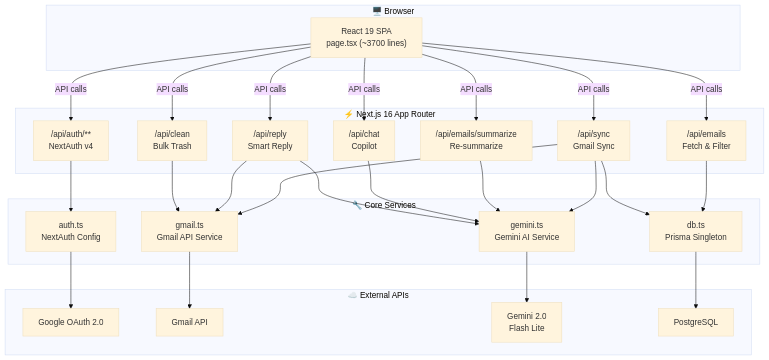
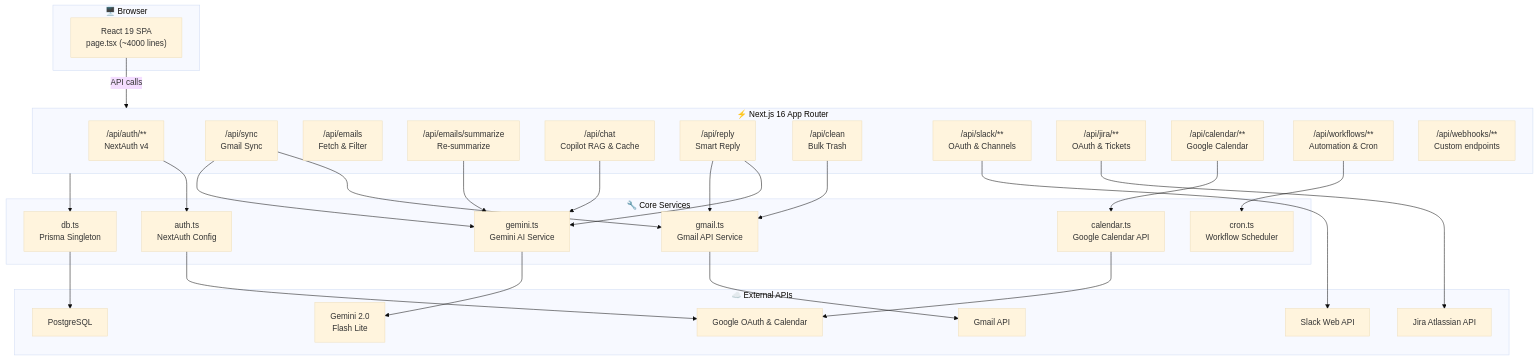
The first of 2 diagrams in README.md (Vamshidathrika/repeatless-email-ai-assistant), drawn with Mermaid (base theme) before and after one commit. The commit also changed other lines of this file and 2 other files, not shown here.

Commit message:
docs: update README, ARCHITECTURE, and DEPLOYMENT guides for Slack, Jira, Calendar, and Workflow integrations

````diff
--- a/README.md
+++ b/README.md
@@ -204,42 +236,54 @@
 ```mermaid
 graph TB
     subgraph Client["🖥️ Browser"]
-        UI["React 19 SPA<br/>page.tsx (~3700 lines)"]
+        UI["React 19 SPA<br/>page.tsx (~4000 lines)"]
     end
 
     subgraph NextJS["⚡ Next.js 16 App Router"]
         Auth["/api/auth/**<br/>NextAuth v4"]
         Sync["/api/sync<br/>Gmail Sync"]
         Emails["/api/emails<br/>Fetch & Filter"]
         Summarize["/api/emails/summarize<br/>Re-summarize"]
-        Chat["/api/chat<br/>Copilot"]
+        Chat["/api/chat<br/>Copilot RAG & Cache"]
         Reply["/api/reply<br/>Smart Reply"]
         Clean["/api/clean<br/>Bulk Trash"]
+        Slack["/api/slack/**<br/>OAuth & Channels"]
+        Jira["/api/jira/**<br/>OAuth & Tickets"]
+        Calendar["/api/calendar/**<br/>Google Calendar"]
+        Workflows["/api/workflows/**<br/>Automation & Cron"]
+        Webhooks["/api/webhooks/**<br/>Custom endpoints"]
     end
 
     subgraph Services["🔧 Core Services"]
         GeminiSvc["gemini.ts<br/>Gemini AI Service"]
         GmailSvc["gmail.ts<br/>Gmail API Service"]
         AuthCfg["auth.ts<br/>NextAuth Config"]
         DB["db.ts<br/>Prisma Singleton"]
+        CronSvc["cron.ts<br/>Workflow Scheduler"]
+        CalendarSvc["calendar.ts<br/>Google Calendar API"]
     end
 
     subgraph External["☁️ External APIs"]
-        Google["Google OAuth 2.0"]
+        Google["Google OAuth & Calendar"]
         Gmail["Gmail API"]
+        SlackAPI["Slack Web API"]
+        JiraAPI["Jira Atlassian API"]
         Gemini["Gemini 2.0<br/>Flash Lite"]
         PG["PostgreSQL"]
     end
 
-    UI -->|API calls| Auth & Sync & Emails & Summarize & Chat & Reply & Clean
+    UI -->|API calls| NextJS
     Auth --> AuthCfg --> Google
     Sync --> GmailSvc --> Gmail
     Sync --> GeminiSvc --> Gemini
     Summarize --> GeminiSvc
     Chat --> GeminiSvc
     Reply --> GeminiSvc
     Reply --> GmailSvc
     Clean --> GmailSvc
-    Emails --> DB --> PG
-    Sync --> DB
+    Slack --> SlackAPI
+    Jira --> JiraAPI
+    Calendar --> CalendarSvc --> Google
+    Workflows --> CronSvc
+    NextJS --> DB --> PG
 ```
````
